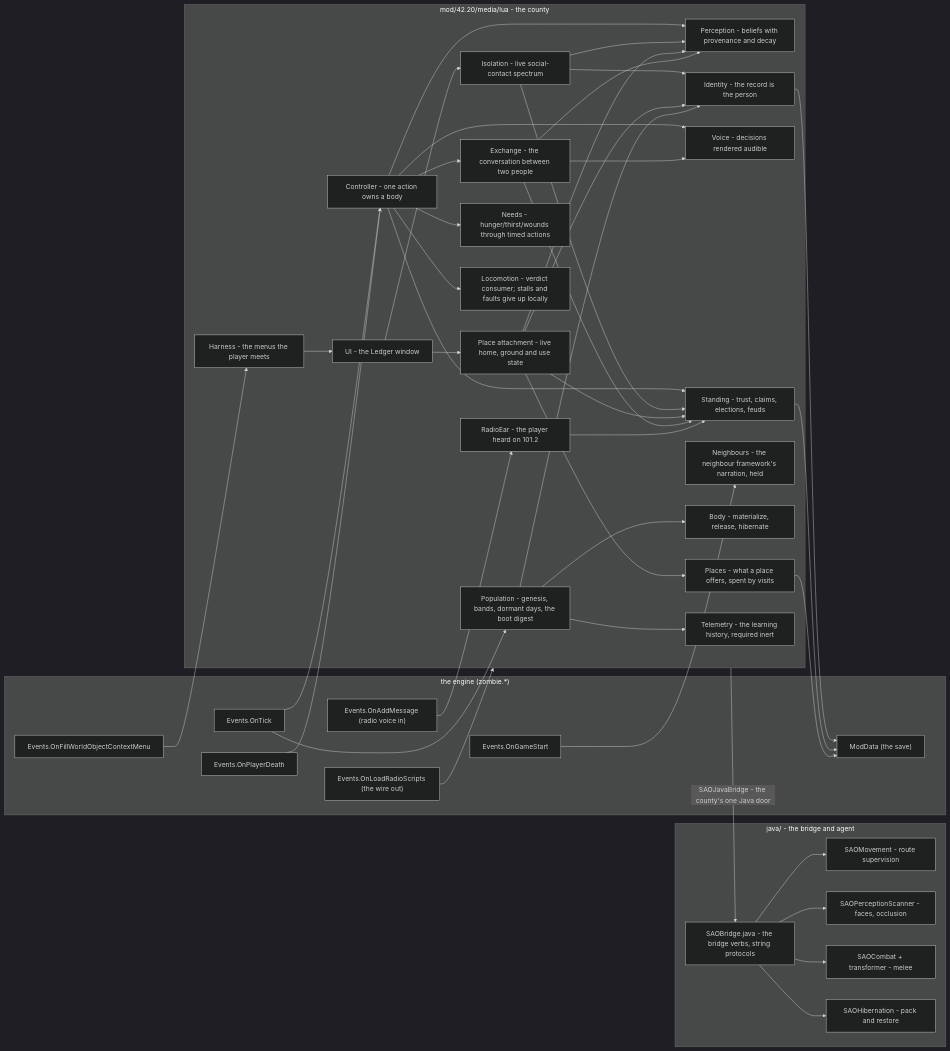
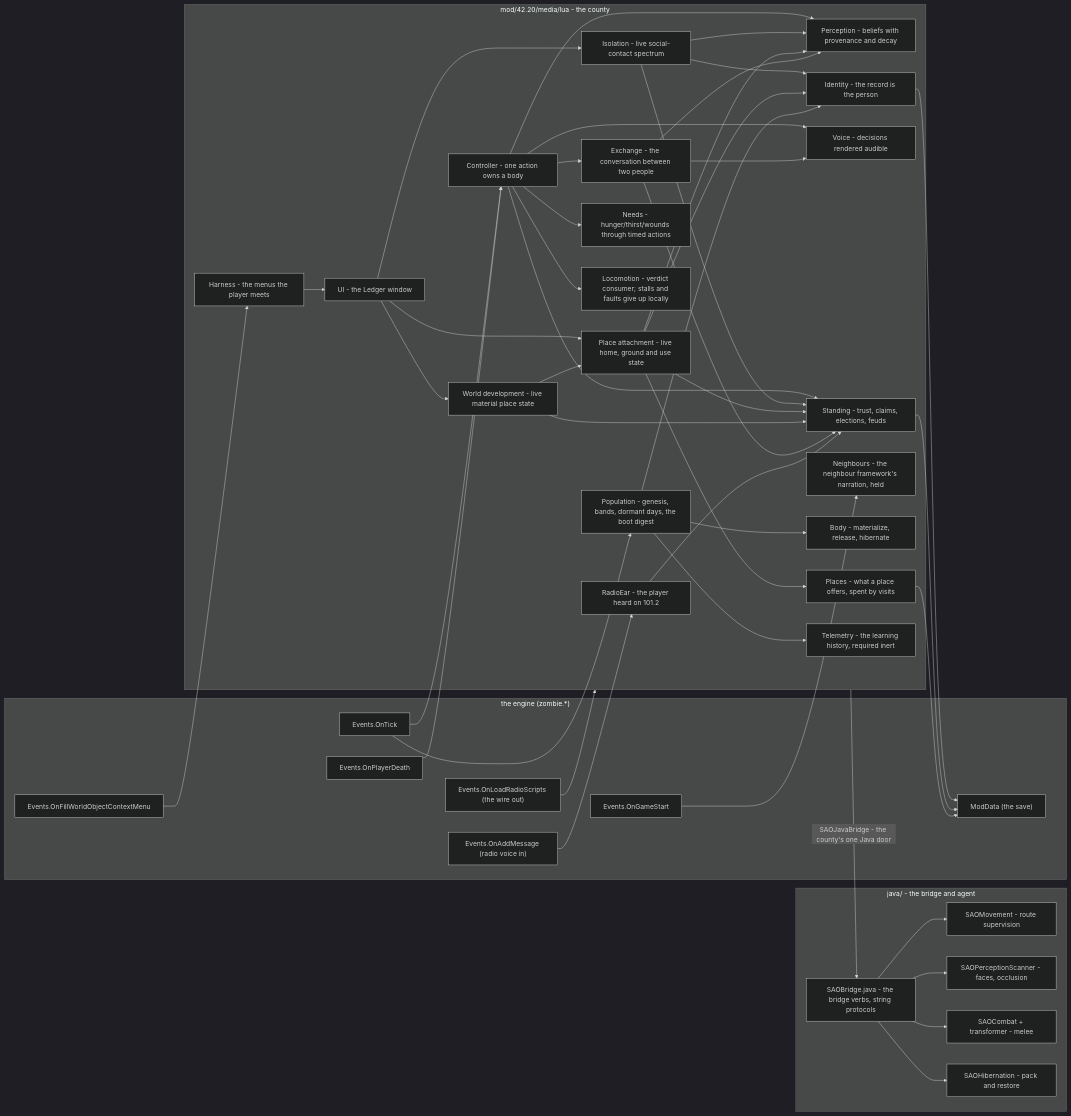
The first of 3 diagrams in MAPS.md (ellyj3rain/sao), drawn with Mermaid (dark theme) before and after one commit. The commit also changed other lines of this file and 33 other files, not shown here.

First line of the commit message:
[C96] World development becomes a live state

````diff
--- a/MAPS.md
+++ b/MAPS.md
@@ -18,58 +18,61 @@
 ```mermaid
 flowchart LR
     subgraph Engine["the engine (zombie.*)"]
         T["Events.OnTick"]:::e
         D["Events.OnPlayerDeath"]:::e
         M["Events.OnAddMessage (radio voice in)"]:::e
         R["Events.OnLoadRadioScripts (the wire out)"]:::e
         CTX["Events.OnFillWorldObjectContextMenu"]:::e
         GS["Events.OnGameStart"]:::e
         MD["ModData (the save)"]:::e
     end
     subgraph Java["java/ - the bridge and agent"]
         BR["SAOBridge.java - the bridge verbs, string protocols"]
         MV["SAOMovement - route supervision"]
         SC["SAOPerceptionScanner - faces, occlusion"]
         CP["SAOCombat + transformer - melee"]
         HB["SAOHibernation - pack and restore"]
     end
     subgraph Lua["mod/42.20/media/lua - the county"]
         POP["Population - genesis, bands, dormant days, the boot digest"]
         CTL["Controller - one action owns a body"]
         PER["Perception - beliefs with provenance and decay"]
         ISO["Isolation - live social-contact spectrum"]
         ATT["Place attachment - live home, ground and use state"]
+        DEV["World development - live material place state"]
         STA["Standing - trust, claims, elections, feuds"]
         EXC["Exchange - the conversation between two people"]
         VOI["Voice - decisions rendered audible"]
         NDS["Needs - hunger/thirst/wounds through timed actions"]
         LOC["Locomotion - verdict consumer; stalls and faults give up locally"]
         PLA["Places - what a place offers, spent by visits"]
         NBR["Neighbours - the neighbour framework's narration, held"]
         BOD["Body - materialize, release, hibernate"]
         IDE["Identity - the record is the person"]
         UIX["UI - the Ledger window"]
         HAR["Harness - the menus the player meets"]
         RDE["RadioEar - the player heard on 101.2"]
         TEL["Telemetry - the learning history, required inert"]
     end
     Lua -- "SAOJavaBridge - the county's one Java door" --> BR
     BR --> MV & SC & CP & HB
     T --> POP
     T --> CTL
     D --> CTL
     CTL --> PER & STA & EXC & VOI & LOC & NDS
     UIX --> ISO
     UIX --> ATT
+    UIX --> DEV
     ISO --> IDE & PER & STA
     ATT --> IDE & PER & PLA & STA
+    DEV --> ATT & STA
     POP --> IDE & BOD & TEL
     EXC --> PER & STA & VOI
     IDE --> MD
     STA --> MD
     PLA --> MD
     M --> RDE --> STA
     R --> Lua
     CTX --> HAR --> UIX
     GS --> NBR
 ```
````
